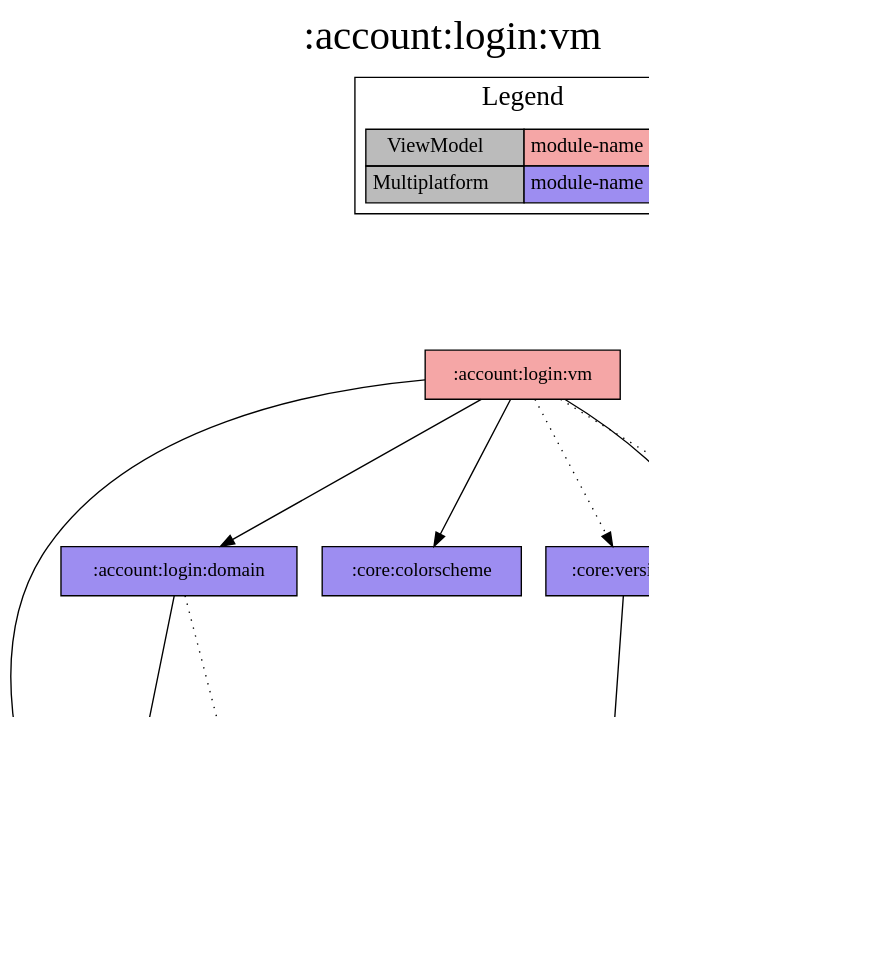
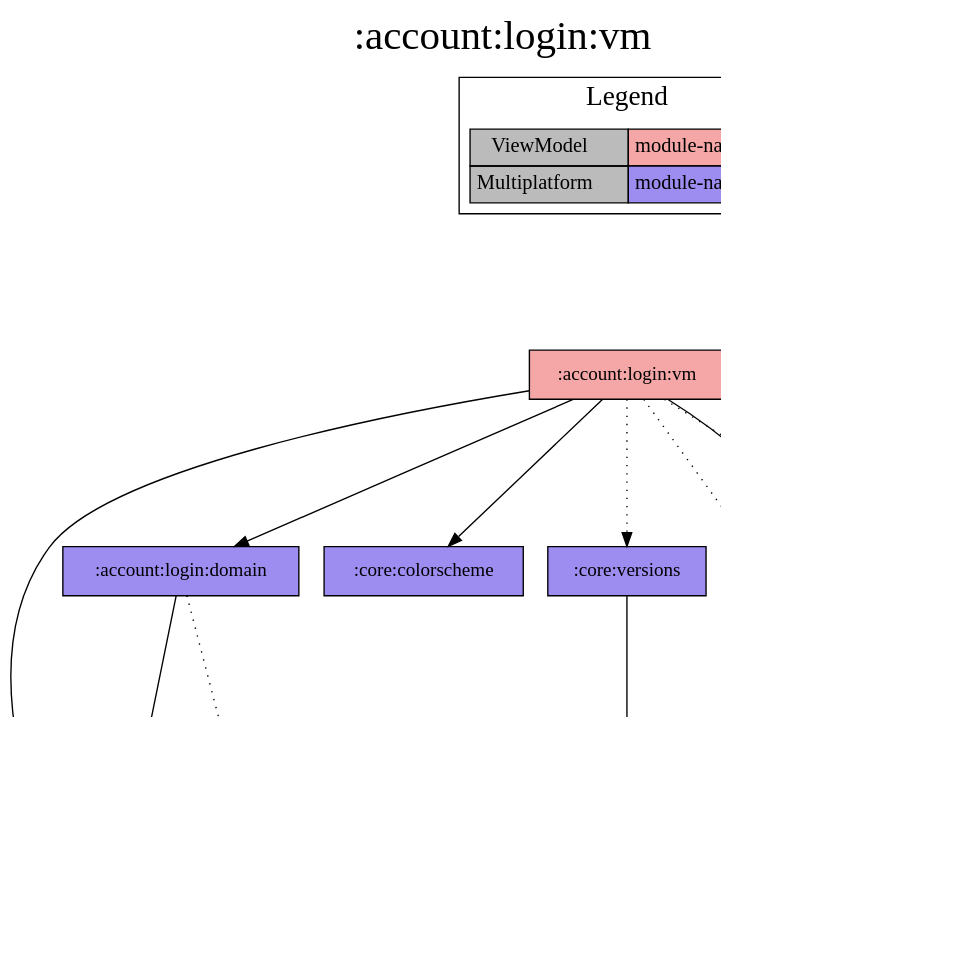
Before and after one commit to jonapoul/aktual: the diagram in modules/account/login/vm/project-dependency-graph.dot, drawn with Graphviz. The commit also changed 89 other files, not shown here.

```diff
--- a/modules/account/login/vm/project-dependency-graph.dot
+++ b/modules/account/login/vm/project-dependency-graph.dot
@@ -1,42 +1,44 @@
 digraph {
 edge ["dir"="forward"]
 graph ["dpi"="100","label"=":account:login:vm","labelloc"="t","fontsize"="30","ranksep"="1.5","rankdir"="TB"]
 node ["style"="filled"]
 ":account:login:domain" ["fillcolor"="#9D8DF1","shape"="box"]
 ":account:login:vm" ["fillcolor"="#F5A6A6","shape"="box"]
 ":account:model" ["fillcolor"="#9D8DF1","shape"="box"]
 ":api:actual" ["fillcolor"="#9D8DF1","shape"="box"]
 ":budget:model" ["fillcolor"="#9D8DF1","shape"="box"]
 ":core:buildconfig" ["fillcolor"="#9D8DF1","shape"="box"]
 ":core:colorscheme" ["fillcolor"="#9D8DF1","shape"="box"]
 ":core:versions" ["fillcolor"="#9D8DF1","shape"="box"]
+":log" ["fillcolor"="#9D8DF1","shape"="box"]
 ":url:model" ["fillcolor"="#9D8DF1","shape"="box"]
 ":url:prefs" ["fillcolor"="#9D8DF1","shape"="box"]
 {
 edge ["dir"="none"]
 graph ["rank"="same"]
 }
 ":account:login:domain" -> ":account:model"
 ":account:login:domain" -> ":api:actual" ["style"="dotted"]
 ":account:login:vm" -> ":account:login:domain"
 ":account:login:vm" -> ":account:model"
 ":account:login:vm" -> ":core:colorscheme"
 ":account:login:vm" -> ":core:versions" ["style"="dotted"]
+":account:login:vm" -> ":log" ["style"="dotted"]
 ":account:login:vm" -> ":url:model"
 ":account:login:vm" -> ":url:prefs" ["style"="dotted"]
 ":api:actual" -> ":account:model"
 ":api:actual" -> ":budget:model"
 ":api:actual" -> ":url:model"
 ":core:versions" -> ":core:buildconfig"
 ":url:prefs" -> ":url:model"
 subgraph "cluster_legend" {
 edge ["dir"="none"]
 graph ["label"="Legend","fontsize"="20"]
 "Legend" ["style"="filled","fillcolor"="#bbbbbb","shape"="none","margin"="0","fontsize"="15","label"=<
 <TABLE BORDER="0" CELLBORDER="1" CELLSPACING="0" CELLPADDING="4">
 <TR><TD>ViewModel</TD><TD BGCOLOR="#F5A6A6">module-name</TD></TR>
 <TR><TD>Multiplatform</TD><TD BGCOLOR="#9D8DF1">module-name</TD></TR>
 </TABLE>
 >]
 } -> ":account:login:vm" ["style"="invis"]
 }
```
